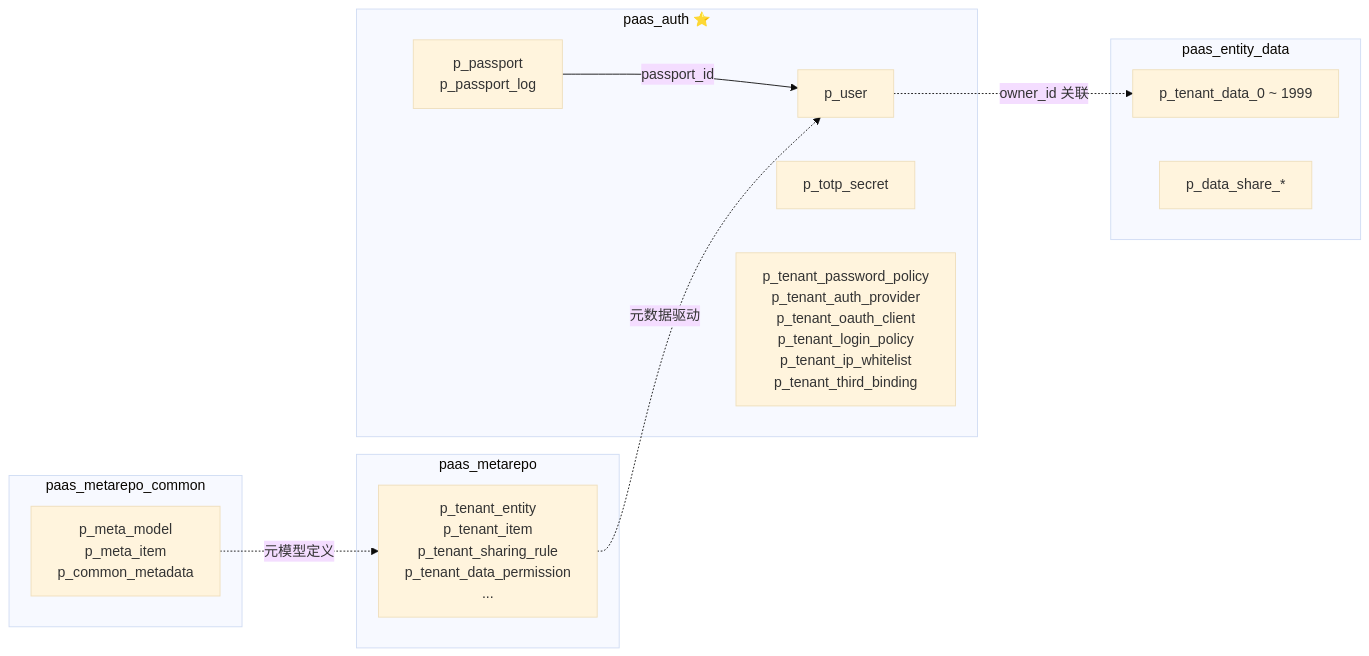
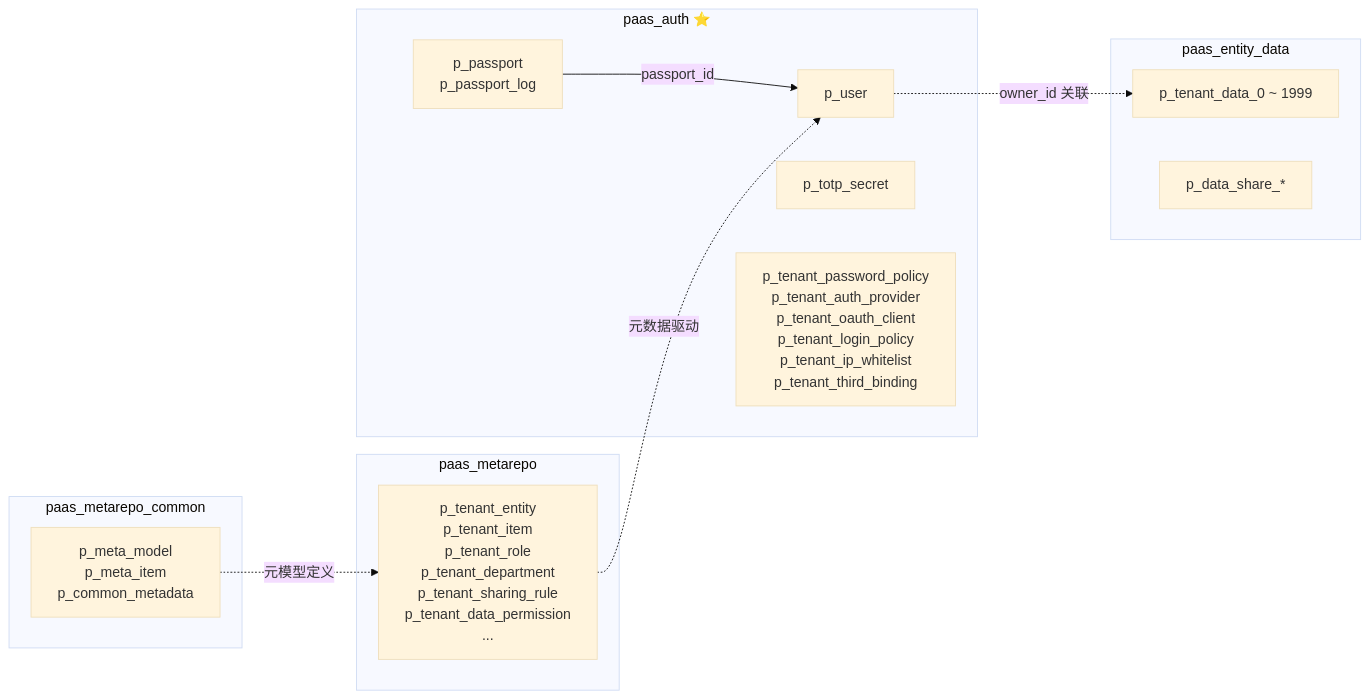
One commit to chengqipeng/ai-pm-team changed the second of 8 diagrams in product-specs/tenant-user/多租户与用户体系设计方案.md. Above: the diagram before and after it, drawn with Mermaid (base theme). The commit also changed other lines of this file and 56 other files, not shown here.

````diff
--- a/product-specs/tenant-user/多租户与用户体系设计方案.md
+++ b/product-specs/tenant-user/多租户与用户体系设计方案.md
@@ -277,27 +277,27 @@
 ```mermaid
 graph LR
     subgraph paas_metarepo_common["paas_metarepo_common"]
         META_MODEL["p_meta_model<br/>p_meta_item<br/>p_common_metadata"]
     end
 
     subgraph paas_metarepo["paas_metarepo"]
-        TENANT_META["p_tenant_entity<br/>p_tenant_item<br/>p_tenant_sharing_rule<br/>p_tenant_data_permission<br/>..."]
+        TENANT_META["p_tenant_entity<br/>p_tenant_item<br/>p_tenant_role<br/>p_tenant_department<br/>p_tenant_sharing_rule<br/>p_tenant_data_permission<br/>..."]
     end
 
     subgraph paas_auth["paas_auth ⭐"]
         P_PASSPORT["p_passport<br/>p_passport_log"]
         P_USER["p_user"]
         P_TOTP["p_totp_secret"]
         P_AUTH_CFG["p_tenant_password_policy<br/>p_tenant_auth_provider<br/>p_tenant_oauth_client<br/>p_tenant_login_policy<br/>p_tenant_ip_whitelist<br/>p_tenant_third_binding"]
     end
 
     subgraph paas_entity_data["paas_entity_data"]
         DATA_SHARD["p_tenant_data_0 ~ 1999"]
         SHARE_SHARD["p_data_share_*"]
     end
 
     P_PASSPORT -->|"passport_id"| P_USER
     P_USER -.->|"owner_id 关联"| DATA_SHARD
     TENANT_META -.->|"元数据驱动"| P_USER
     META_MODEL -.->|"元模型定义"| TENANT_META
 ```
````
